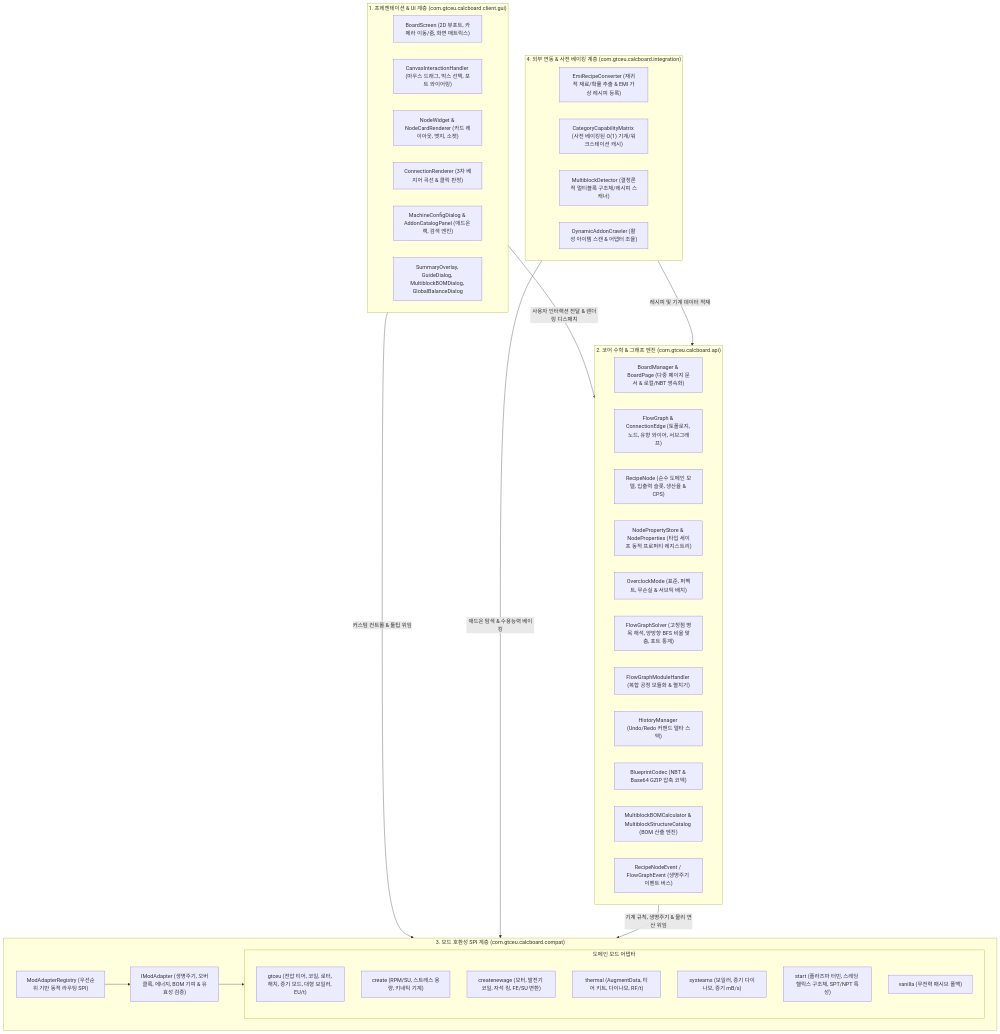
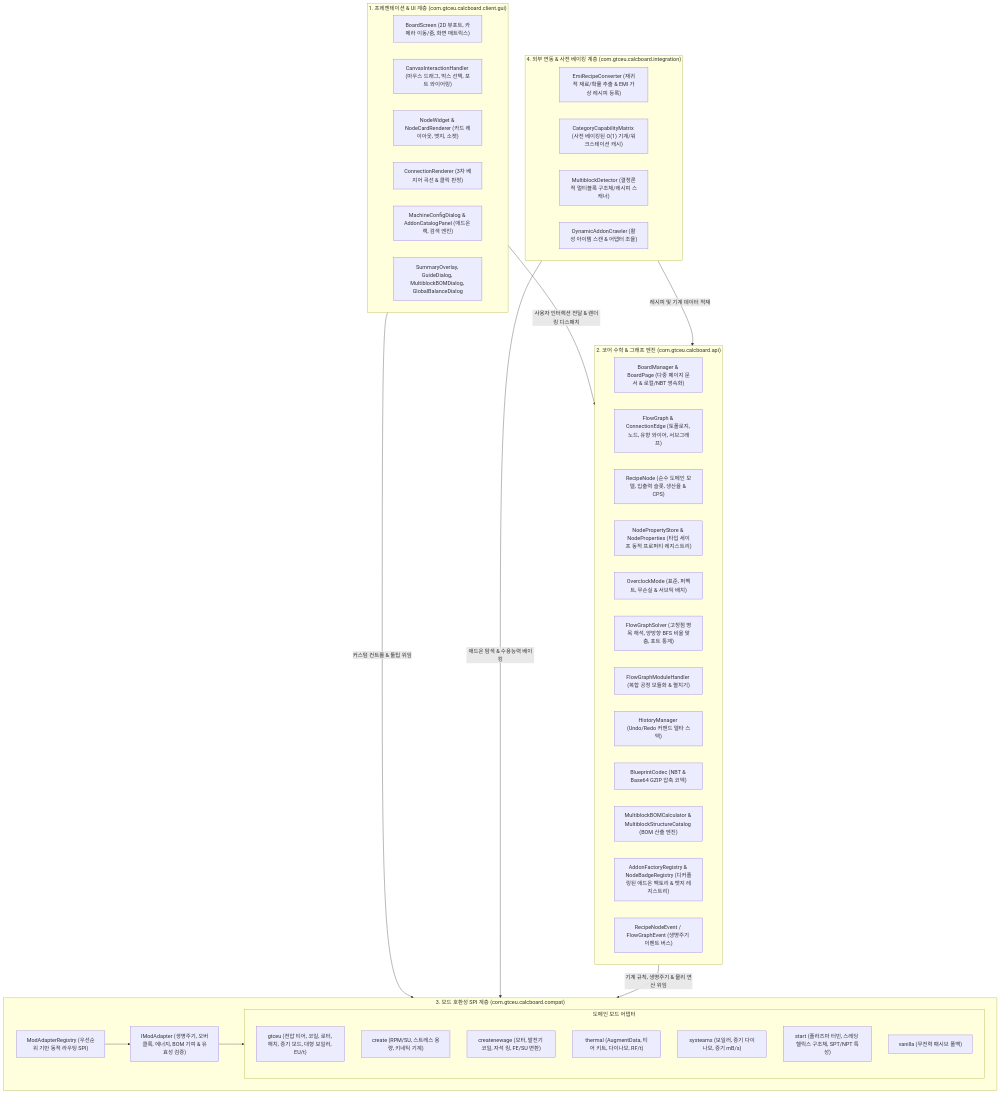
One commit to Amvermain/GregTechCalculatorBoard changed the first of 3 diagrams in docs/ARCHITECTURE_KR.md. Above: the diagram before and after it, drawn with Mermaid. The commit also changed 42 other files, not shown here.

First line of the commit message:
feat: prepare v2.0.0-alpha.10, clean architecture refactor & add RFC-005 ETA spec

````diff
--- a/docs/ARCHITECTURE_KR.md
+++ b/docs/ARCHITECTURE_KR.md
@@ -20,54 +20,55 @@
 ```mermaid
 graph TD
     subgraph UI["1. 프레젠테이션 & UI 계층 (com.gtceu.calcboard.client.gui)"]
         BS["BoardScreen (2D 뷰포트, 카메라 이동/줌, 화면 매트릭스)"]
         CIH["CanvasInteractionHandler (마우스 드래그, 박스 선택, 포트 와이어링)"]
         Widgets["NodeWidget & NodeCardRenderer (카드 레이아웃, 뱃지, 소켓)"]
         CR["ConnectionRenderer (3차 베지어 곡선 & 클릭 판정)"]
         Dialogs["MachineConfigDialog & AddonCatalogPanel (애드온 랙, 검색 엔진)"]
         Overlays["SummaryOverlay, GuideDialog, MultiblockBOMDialog, GlobalBalanceDialog"]
     end
 
     subgraph Core["2. 코어 수학 & 그래프 엔진 (com.gtceu.calcboard.api)"]
         BM["BoardManager & BoardPage (다중 페이지 문서 & 로컬/NBT 영속화)"]
         FG["FlowGraph & ConnectionEdge (토폴로지, 노드, 유향 와이어, 서브그래프)"]
         RN["RecipeNode (순수 도메인 모델, 입출력 슬롯, 생산율 & CPS)"]
         NPS["NodePropertyStore & NodeProperties (타입 세이프 동적 프로퍼티 레지스트리)"]
         OC["OverclockMode (표준, 퍼펙트, 무손실 & 서브틱 배치)"]
         FGS["FlowGraphSolver (고정점 병목 해석, 양방향 BFS 비율 맞춤, 포트 통계)"]
         FGMH["FlowGraphModuleHandler (복합 공정 모듈화 & 펼치기)"]
         HM["HistoryManager (Undo/Redo 커맨드 델타 스택)"]
         BC["BlueprintCodec (NBT & Base64 GZIP 압축 코덱)"]
         BOM["MultiblockBOMCalculator & MultiblockStructureCatalog (BOM 산출 엔진)"]
+        AFR["AddonFactoryRegistry & NodeBadgeRegistry (디커플링된 애드온 팩토리 & 뱃지 레지스트리)"]
         EB["RecipeNodeEvent / FlowGraphEvent (생명주기 이벤트 버스)"]
     end
 
     subgraph Compat["3. 모드 호환성 SPI 계층 (com.gtceu.calcboard.compat)"]
         MAR["ModAdapterRegistry (우선순위 기반 동적 라우팅 SPI)"]
         IMA["IModAdapter (생명주기, 오버클록, 에너지, BOM 기여 & 유효성 검증)"]
         subgraph Adapters["도메인 모드 어댑터"]
             GT["gtceu (전압 티어, 코일, 로터, 해치, 증기 모드, 대형 보일러, EU/t)"]
             CR_MOD["create (RPM/SU, 스트레스 용량, 키네틱 기계)"]
             CNA["createnewage (모터, 발전기 코일, 자석 링, FE/SU 변환)"]
             TH["thermal (AugmentData, 티어 키트, 다이나모, RF/t)"]
             SY["systeams (보일러, 증기 다이나모, 증기 mB/s)"]
             ST["start (플라즈마 터빈, 스레딩 헬릭스 구조체, SPT/NPT 특성)"]
             VN["vanilla (무전력 패시브 폴백)"]
         end
         MAR --> IMA
         IMA --> Adapters
     end
 
     subgraph Integration["4. 외부 연동 & 사전 베이킹 계층 (com.gtceu.calcboard.integration)"]
         ERC["EmiRecipeConverter (재귀적 재료/확률 추출 & EMI 가상 레시피 등록)"]
         CCM["CategoryCapabilityMatrix (사전 베이킹된 O(1) 기계/워크스테이션 캐시)"]
         MD["MultiblockDetector (결정론적 멀티블록 구조체/레시피 스캐너)"]
         DAC["DynamicAddonCrawler (활성 아이템 스캔 & 어댑터 조율)"]
     end
 
     UI -->|사용자 인터랙션 전달 & 렌더링 디스패치| Core
     UI -->|커스텀 컨트롤 & 툴팁 위임| Compat
     Integration -->|레시피 및 기계 데이터 적재| Core
     Integration -->|애드온 탐색 & 수용능력 베이킹| Compat
     Core -->|기계 규칙, 생명주기 & 물리 연산 위임| Compat
 ```
````
